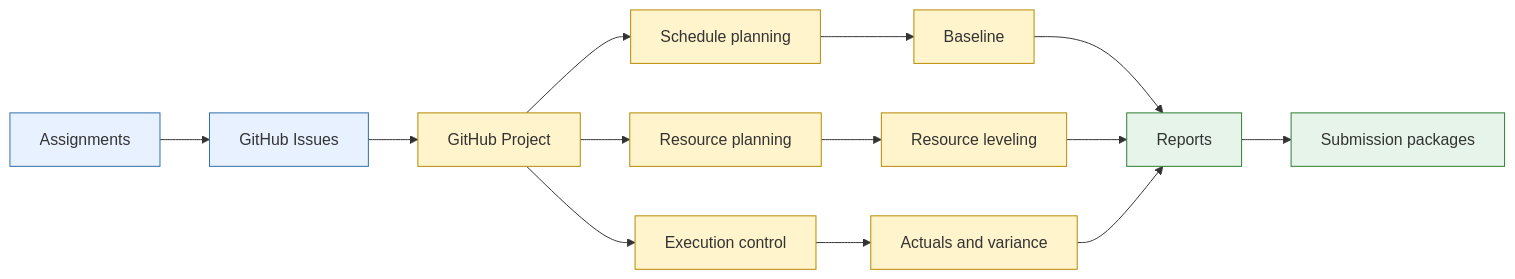
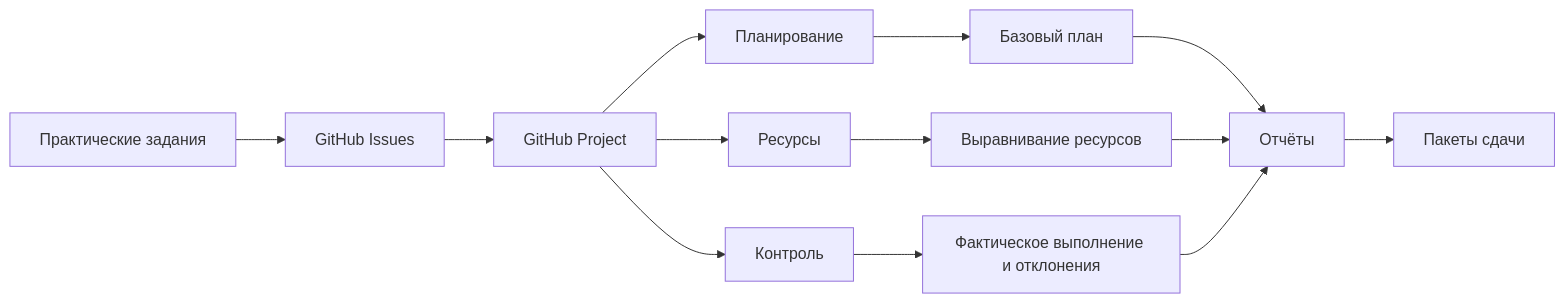
One commit to andreyobloff/IntelCarPricing changed the first of 4 diagrams in README.md. Above: the diagram before and after it, drawn with Mermaid. The commit also changed other lines of this file, not shown here.

````diff
--- a/README.md
+++ b/README.md
@@ -37,23 +37,15 @@
 ```mermaid
 flowchart LR
-    A["Assignments"] --> B["GitHub Issues"]
+    A["Практические задания"] --> B["GitHub Issues"]
     B --> C["GitHub Project"]
-    C --> D["Schedule planning"]
-    C --> E["Resource planning"]
-    C --> F["Execution control"]
-    D --> G["Baseline"]
-    E --> H["Resource leveling"]
-    F --> I["Actuals and variance"]
-    G --> J["Reports"]
+    C --> D["Планирование"]
+    C --> E["Ресурсы"]
+    C --> F["Контроль"]
+    D --> G["Базовый план"]
+    E --> H["Выравнивание ресурсов"]
+    F --> I["Фактическое выполнение и отклонения"]
+    G --> J["Отчёты"]
     H --> J
     I --> J
-    J --> K["Submission packages"]
-
-    classDef source fill:#e8f1ff,stroke:#2f6fab,stroke-width:1px;
-    classDef control fill:#fff4cc,stroke:#b58900,stroke-width:1px;
-    classDef output fill:#e6f4ea,stroke:#2e7d32,stroke-width:1px;
-
-    class A,B source;
-    class C,D,E,F,G,H,I control;
-    class J,K output;
+    J --> K["Пакеты сдачи"]
 ```
````
